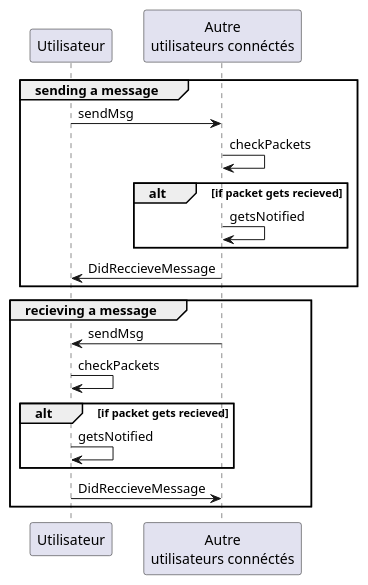
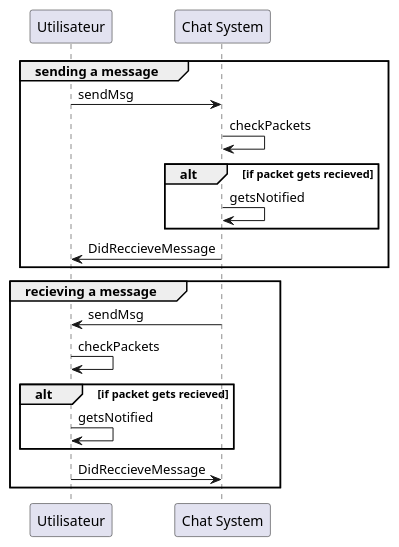
Before and after one commit to Stonks-Life-Inc/p2p-chat: the diagram in Sequences/message-system.puml, drawn with PlantUML.

```diff
--- a/Sequences/message-system.puml
+++ b/Sequences/message-system.puml
@@ -1,21 +1,21 @@
 @startuml
 participant "Utilisateur" as usr
-participant "Autre\nutilisateurs connéctés" as cousr
+participant "Chat System" as cousr
 
 group sending a message
     usr -> cousr : sendMsg
     cousr -> cousr: checkPackets
     alt if packet gets recieved
         cousr -> cousr : getsNotified
     end
     cousr -> usr : DidReccieveMessage
 end
 group recieving a message
     cousr -> usr : sendMsg
     usr -> usr: checkPackets
     alt if packet gets recieved
         usr -> usr : getsNotified
     end
     usr -> cousr : DidReccieveMessage
 end
 @enduml
```
